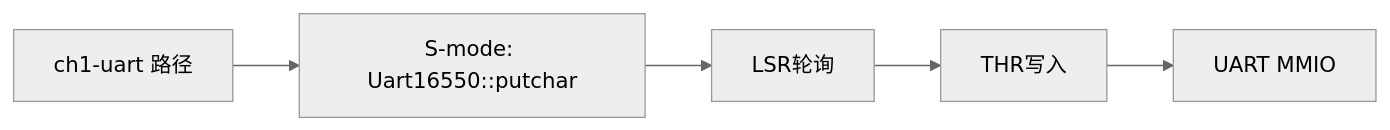
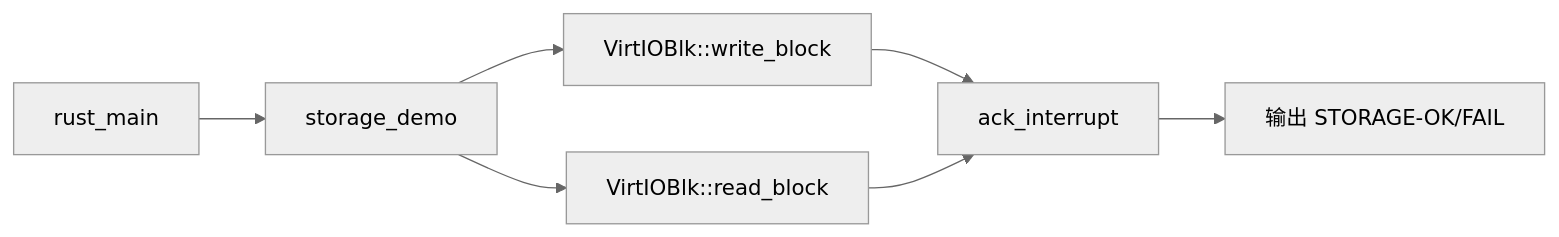
Before and after one commit to jerryinsz/tg-rcore-tutorial-ch1-storage: the diagram in README.md, drawn with Mermaid (neutral theme). The commit also changed other lines of this file and 4 other files, not shown here.

````diff
--- a/README.md
+++ b/README.md
@@ -97,7 +34,9 @@
 ```mermaid
 flowchart LR
-    A[ch1-uart 路径] --> B[S-mode: Uart16550::putchar]
-    B --> C[LSR轮询]
-    C --> D[THR写入]
-    D --> E[UART MMIO]
+    A[rust_main] --> B[storage_demo]
+    B --> C[VirtIOBlk::write_block]
+    B --> D[VirtIOBlk::read_block]
+    C --> E[ack_interrupt]
+    D --> E
+    E --> F[输出 STORAGE-OK/FAIL]
 ```
````
